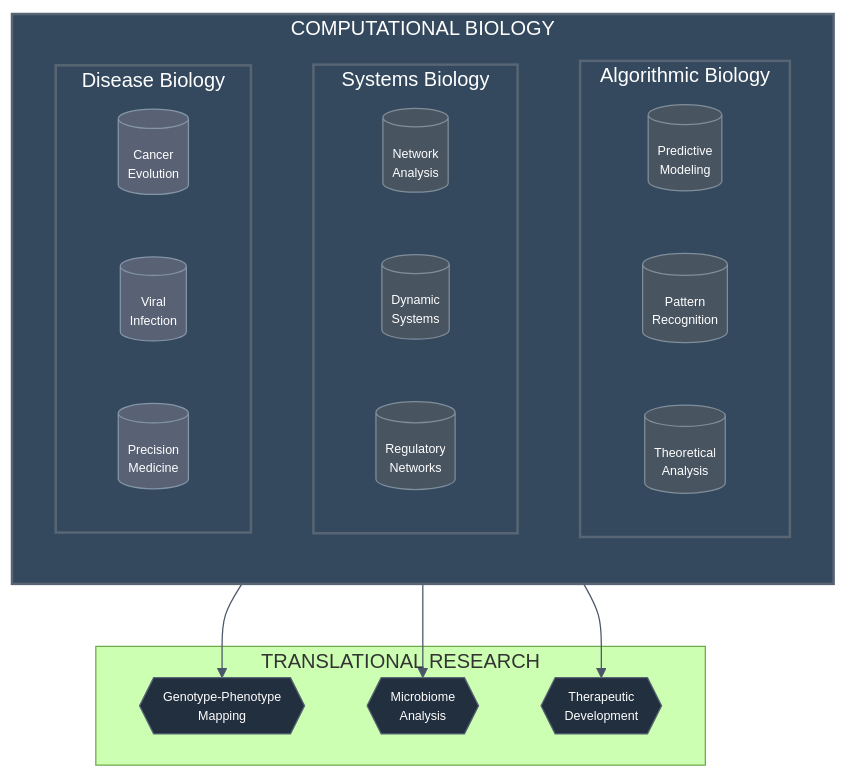
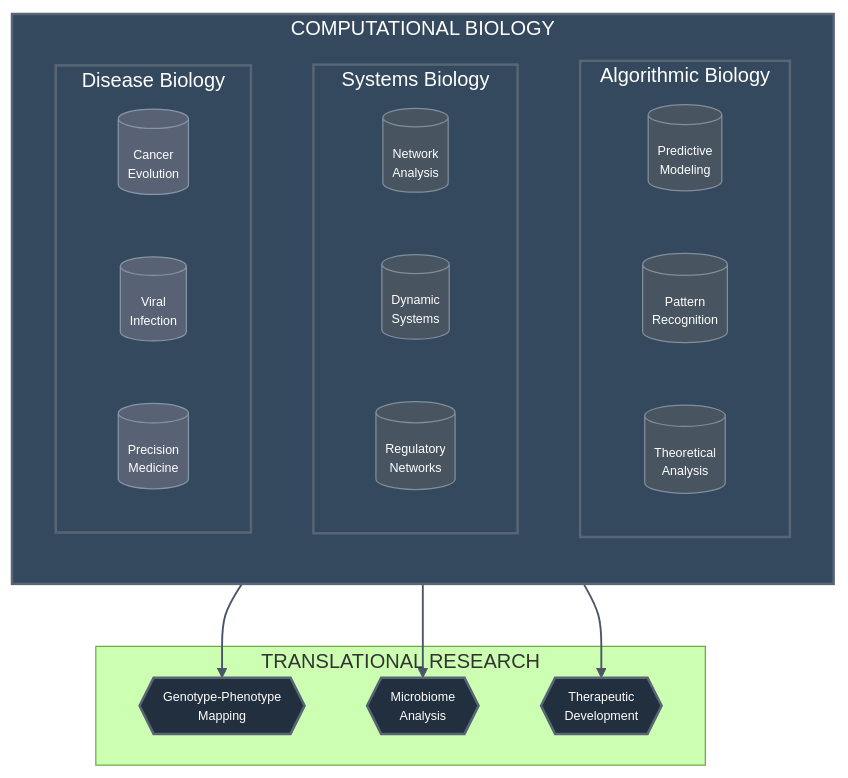
One commit to dhana56/dhana56 changed the first of 3 diagrams in README.md. Above: the diagram before and after it, drawn with Mermaid (forest theme).

Commit message:
Enhance styling of app classes and link styles in README.md for improved visual clarity

````diff
--- a/README.md
+++ b/README.md
@@ -35,51 +35,50 @@
 ```mermaid
 graph TB
     %% Core Research Domains
     subgraph CORE["COMPUTATIONAL BIOLOGY"]
         direction TB
         subgraph ALG["Algorithmic Biology"]
             A1[("Predictive<br/>Modeling")]:::small
             A2[("Pattern<br/>Recognition")]:::small
             A3[("Theoretical<br/>Analysis")]:::small
         end
         
         subgraph SYS["Systems Biology"]
             S1[("Network<br/>Analysis")]:::small
             S2[("Dynamic<br/>Systems")]:::small
             S3[("Regulatory<br/>Networks")]:::small
         end
         
         subgraph DIS["Disease Biology"]
             D1[("Cancer<br/>Evolution")]:::small
             D2[("Viral<br/>Infection")]:::small
             D3[("Precision<br/>Medicine")]:::small
         end
     end
 
-
     subgraph APPS["TRANSLATIONAL RESEARCH"]
         T1{{"Genotype-Phenotype<br/>Mapping"}}:::small
         T2{{"Microbiome<br/>Analysis"}}:::small
         T3{{"Therapeutic<br/>Development"}}:::small
     end
 
     ALG --> T1
     SYS --> T2
     DIS --> T3
 
     %% Scientific journal color scheme
     classDef default fill:#2a3541,stroke:#4a5568,stroke-width:1px,color:#fff
     classDef core fill:#34495e,stroke:#576574,stroke-width:2px,color:#fff
     classDef system fill:#485460,stroke:#808e9b,stroke-width:1px,color:#fff
     classDef disease fill:#596275,stroke:#8395a7,stroke-width:1px,color:#fff
-    classDef apps fill:#222f3e,stroke:#576574,stroke-width:1px,color:#fff
+    classDef apps fill:#222f3e,stroke:#576574,stroke-width:2px,color:#fff
     classDef small font-size:10px,width:100px,height:40px
 
     class CORE,ALG,SYS,DIS core
     class A1,A2,A3 system
     class S1,S2,S3 system
     class D1,D2,D3 disease
     class T1,T2,T3 apps
 
-    linkStyle default stroke:#4a5568,stroke-width:1px
+    linkStyle default stroke:#4a5568,stroke-width:1.5px
 ```
````
